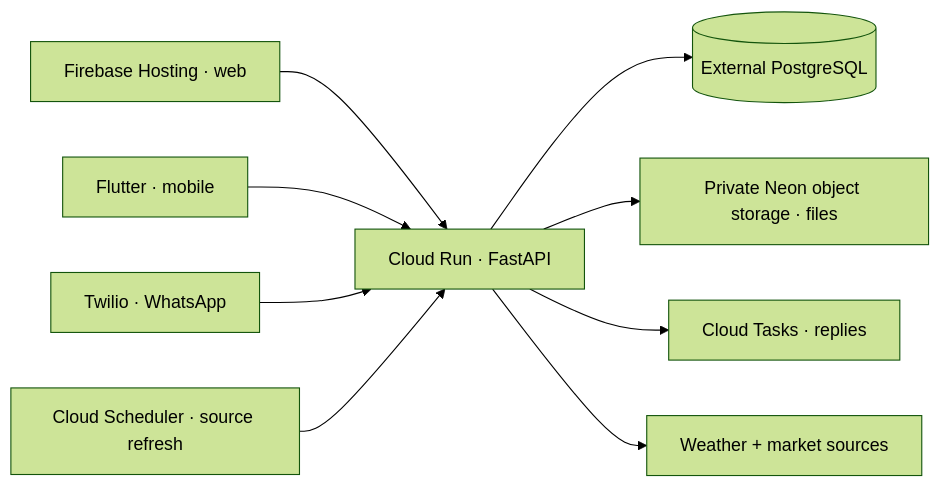
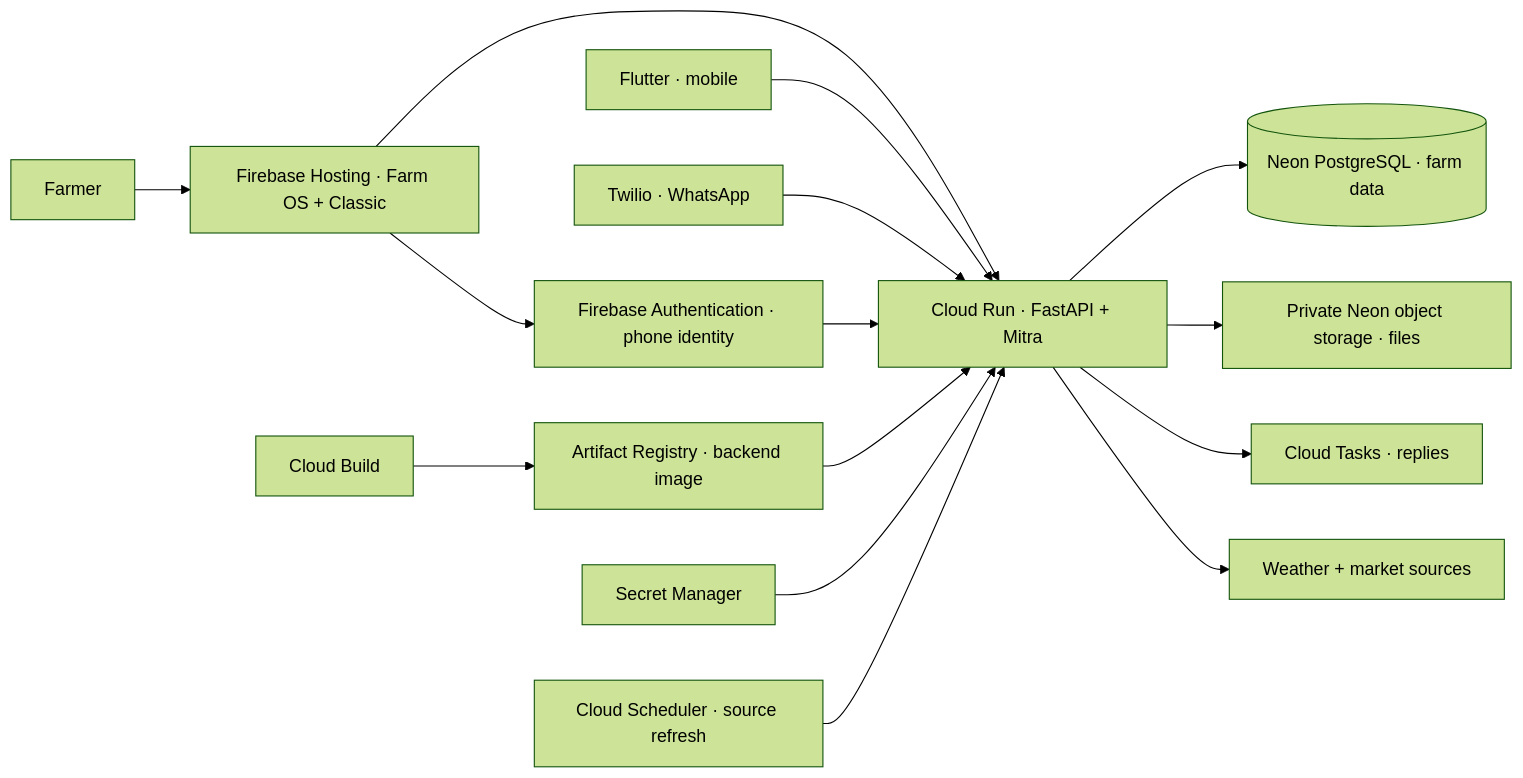
Before and after one commit to vvinayakkk/kisan-mitra-farm-os: the seventh of 7 diagrams in README.md, drawn with Mermaid (forest theme). The commit also changed other lines of this file, not shown here.

Commit message:
docs: showcase live Google Cloud deployment and Antigravity workflow

````diff
--- a/README.md
+++ b/README.md
@@ -460,11 +464,17 @@
 ```mermaid
 flowchart LR
-    Web["Firebase Hosting · web"] --> Run["Cloud Run · FastAPI"]
+    Farmer["Farmer"] --> Web["Firebase Hosting · Farm OS + Classic"]
+    Web --> Auth["Firebase Authentication · phone identity"]
+    Web --> Run["Cloud Run · FastAPI + Mitra"]
     Mobile["Flutter · mobile"] --> Run
     Twilio["Twilio · WhatsApp"] --> Run
-    Run --> Postgres[("External PostgreSQL")]
+    Auth --> Run
+    Build["Cloud Build"] --> Registry["Artifact Registry · backend image"]
+    Registry --> Run
+    Secrets["Secret Manager"] --> Run
+    Run --> Postgres[("Neon PostgreSQL · farm data")]
     Run --> Files["Private Neon object storage · files"]
     Run --> Tasks["Cloud Tasks · replies"]
     Scheduler["Cloud Scheduler · source refresh"] --> Run
     Run --> Sources["Weather + market sources"]
 ```
````
